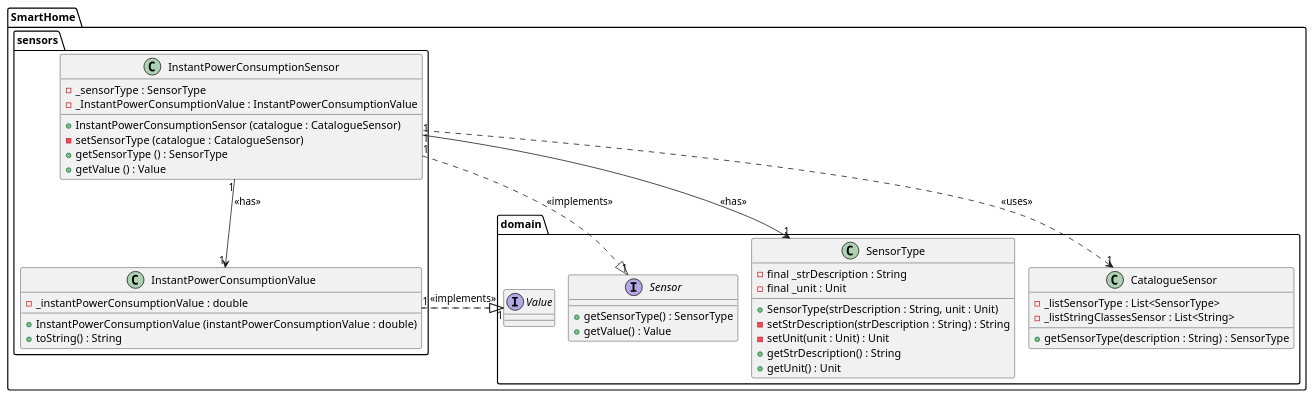
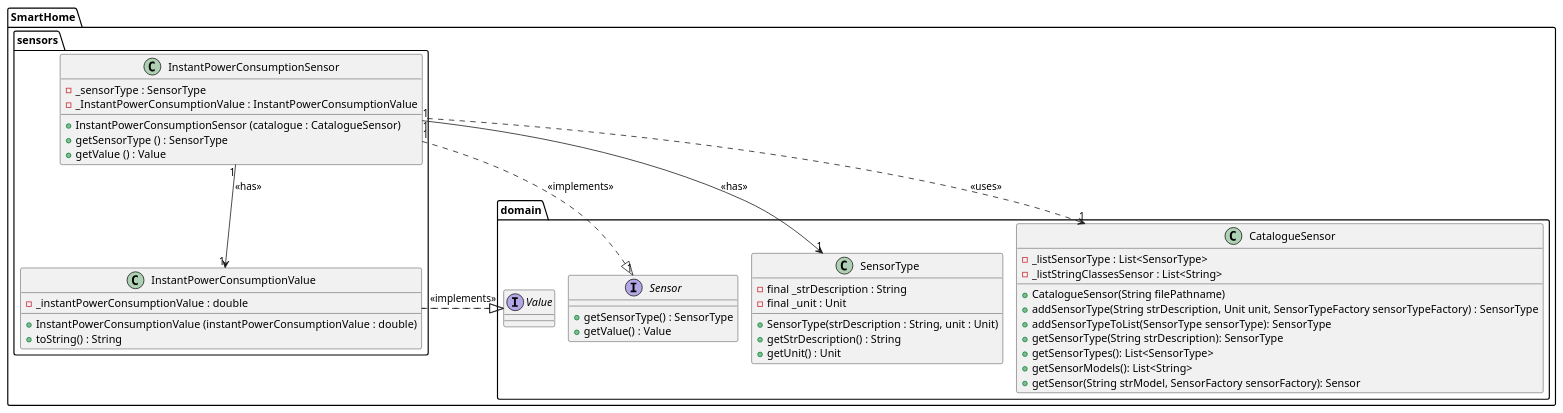
The diagram in docs/ood/classDiagram/US24InstantPowerConsumptionSensor.puml (olivDiogo/SmartHome), drawn with PlantUML before and after one commit.

Commit message:
Update class diagram for InstantPowerConsumptionSensor

```diff
--- a/docs/ood/classDiagram/US24InstantPowerConsumptionSensor.puml
+++ b/docs/ood/classDiagram/US24InstantPowerConsumptionSensor.puml
@@ -1,60 +1,63 @@
 @startuml
 !pragma layout smetana
 
 package SmartHome.sensors {
 
     class InstantPowerConsumptionSensor {
         - _sensorType : SensorType
         - _InstantPowerConsumptionValue : InstantPowerConsumptionValue
 
         + InstantPowerConsumptionSensor (catalogue : CatalogueSensor)
-        - setSensorType (catalogue : CatalogueSensor)
         +getSensorType () : SensorType
         +getValue () : Value
     }
 
     class InstantPowerConsumptionValue implements SmartHome.domain.Value {
         - _instantPowerConsumptionValue : double
 
         + InstantPowerConsumptionValue (instantPowerConsumptionValue : double)
         + toString() : String
     }
 
 }
 
 package SmartHome.domain {
 
     interface Sensor {
         + getSensorType() : SensorType
         + getValue() : Value
     }
 
     class SensorType {
     - final _strDescription : String
     - final _unit : Unit
 
     + SensorType(strDescription : String, unit : Unit)
-    - setStrDescription(strDescription : String) : String
-    - setUnit(unit : Unit) : Unit
     + getStrDescription() : String
     + getUnit() : Unit
     }
 
     interface Value {
     }
 
     class CatalogueSensor {
     - _listSensorType : List<SensorType>
     - _listStringClassesSensor : List<String>
 
-    + getSensorType(description : String) : SensorType
-    }
+     + CatalogueSensor(String filePathname)
+     + addSensorType(String strDescription, Unit unit, SensorTypeFactory sensorTypeFactory) : SensorType
+     + addSensorTypeToList(SensorType sensorType): SensorType
+     + getSensorType(String strDescription): SensorType
+     + getSensorTypes(): List<SensorType>
+     + getSensorModels(): List<String>
+     + getSensor(String strModel, SensorFactory sensorFactory): Sensor
+        }
 }
 
 SmartHome.sensors.InstantPowerConsumptionSensor "1" ..|> "1" SmartHome.domain.Sensor : <<implements>>
 SmartHome.sensors.InstantPowerConsumptionSensor "1" --> "1" SmartHome.domain.SensorType : <<has>>
 SmartHome.sensors.InstantPowerConsumptionSensor "1" --> "1" SmartHome.sensors.InstantPowerConsumptionValue : <<has>>
 SmartHome.domain.CatalogueSensor "1" <.. "1" SmartHome.sensors.InstantPowerConsumptionSensor : <<uses>>
-SmartHome.sensors.InstantPowerConsumptionValue "1" ..|> "1" SmartHome.domain.Value : <<implements>>
+SmartHome.sensors.InstantPowerConsumptionValue  ..|>  SmartHome.domain.Value : <<implements>>
 
 @enduml
```
